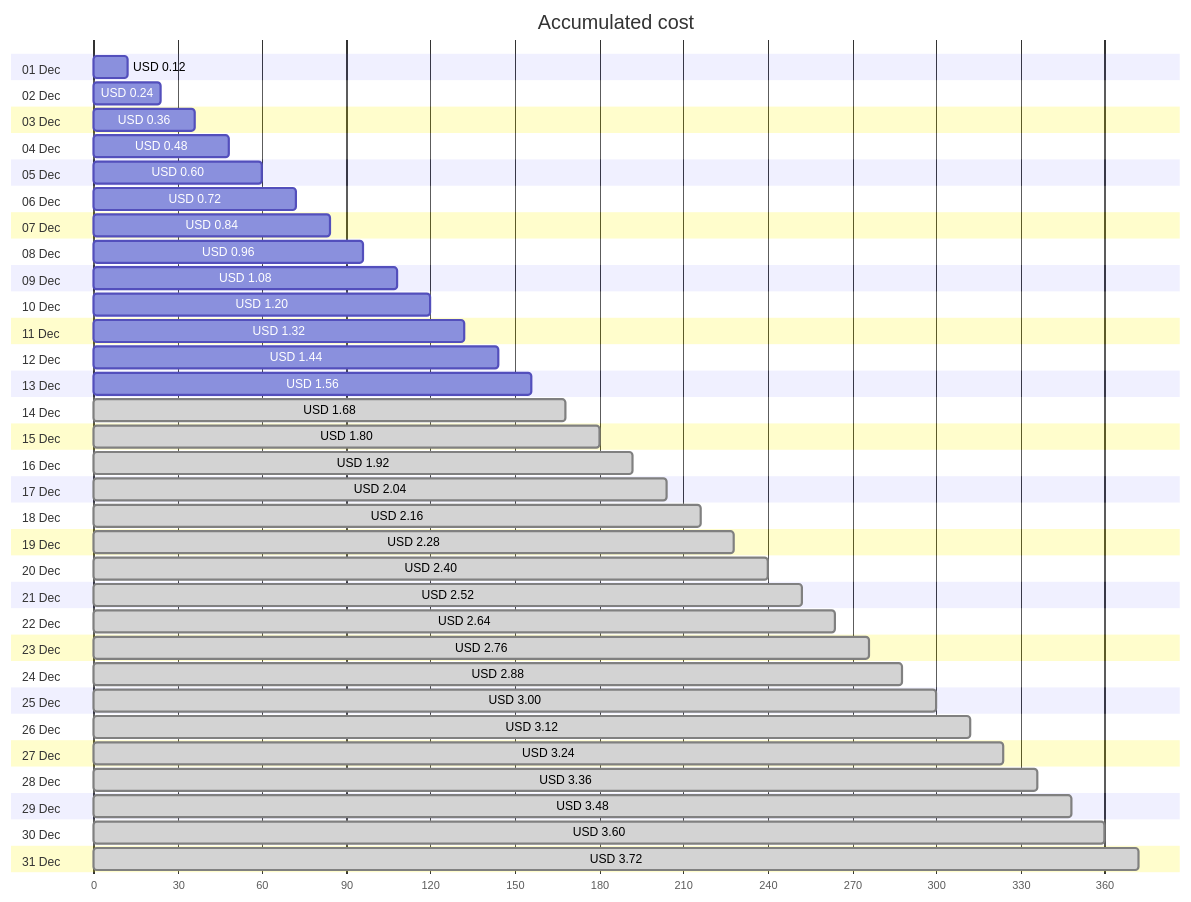
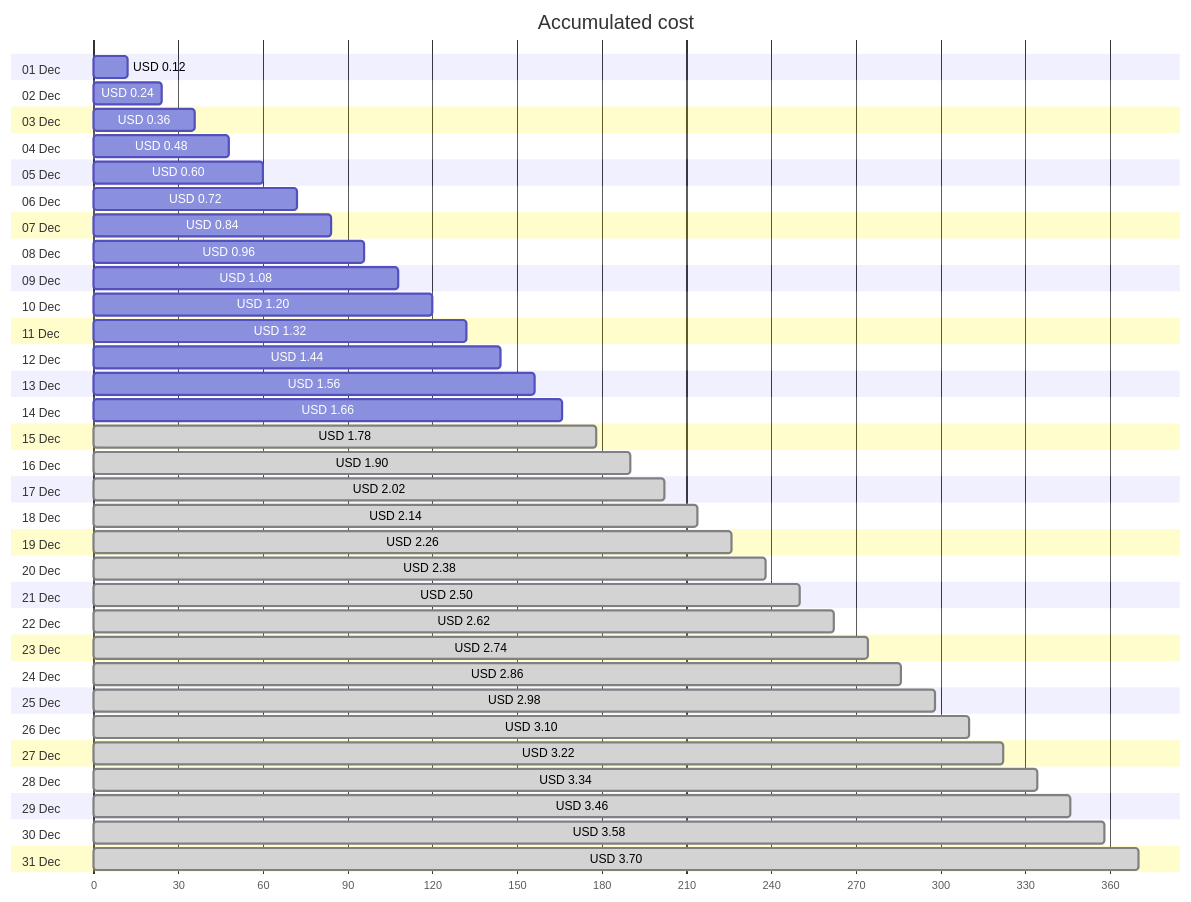
One commit to jpfulton/azure-personal-reports changed the first of 4 diagrams in cost-reports/personal-network/backup-server-public-ip.md. Above: the diagram before and after it, drawn with Mermaid. The commit also changed other lines of this file and 8 other files, not shown here.

````diff
--- a/cost-reports/personal-network/backup-server-public-ip.md
+++ b/cost-reports/personal-network/backup-server-public-ip.md
@@ -20,68 +20,68 @@
 ```mermaid
 gantt
    title Accumulated cost
    dateFormat  X
    axisFormat %s
    section 01 Dec
    USD 0.12 :0, 12
    section 02 Dec
    USD 0.24 :0, 24
    section 03 Dec
    USD 0.36 :0, 36
    section 04 Dec
    USD 0.48 :0, 48
    section 05 Dec
    USD 0.60 :0, 60
    section 06 Dec
    USD 0.72 :0, 72
    section 07 Dec
    USD 0.84 :0, 84
    section 08 Dec
    USD 0.96 :0, 96
    section 09 Dec
    USD 1.08 :0, 108
    section 10 Dec
    USD 1.20 :0, 120
    section 11 Dec
    USD 1.32 :0, 132
    section 12 Dec
    USD 1.44 :0, 144
    section 13 Dec
    USD 1.56 :0, 156
    section 14 Dec
-   USD 1.68 : done, 0, 168
+   USD 1.66 :0, 166
    section 15 Dec
-   USD 1.80 : done, 0, 180
+   USD 1.78 : done, 0, 178
    section 16 Dec
-   USD 1.92 : done, 0, 192
+   USD 1.90 : done, 0, 190
    section 17 Dec
-   USD 2.04 : done, 0, 204
+   USD 2.02 : done, 0, 202
    section 18 Dec
-   USD 2.16 : done, 0, 216
+   USD 2.14 : done, 0, 214
    section 19 Dec
-   USD 2.28 : done, 0, 228
+   USD 2.26 : done, 0, 226
    section 20 Dec
-   USD 2.40 : done, 0, 240
+   USD 2.38 : done, 0, 238
    section 21 Dec
-   USD 2.52 : done, 0, 252
+   USD 2.50 : done, 0, 250
    section 22 Dec
-   USD 2.64 : done, 0, 264
+   USD 2.62 : done, 0, 262
    section 23 Dec
-   USD 2.76 : done, 0, 276
+   USD 2.74 : done, 0, 274
    section 24 Dec
-   USD 2.88 : done, 0, 288
+   USD 2.86 : done, 0, 286
    section 25 Dec
-   USD 3.00 : done, 0, 300
+   USD 2.98 : done, 0, 298
    section 26 Dec
-   USD 3.12 : done, 0, 312
+   USD 3.10 : done, 0, 310
    section 27 Dec
-   USD 3.24 : done, 0, 324
+   USD 3.22 : done, 0, 322
    section 28 Dec
-   USD 3.36 : done, 0, 336
+   USD 3.34 : done, 0, 334
    section 29 Dec
-   USD 3.48 : done, 0, 348
+   USD 3.46 : done, 0, 346
    section 30 Dec
-   USD 3.60 : done, 0, 360
+   USD 3.58 : done, 0, 358
    section 31 Dec
-   USD 3.72 : done, 0, 372
+   USD 3.70 : done, 0, 370
 ```
````
